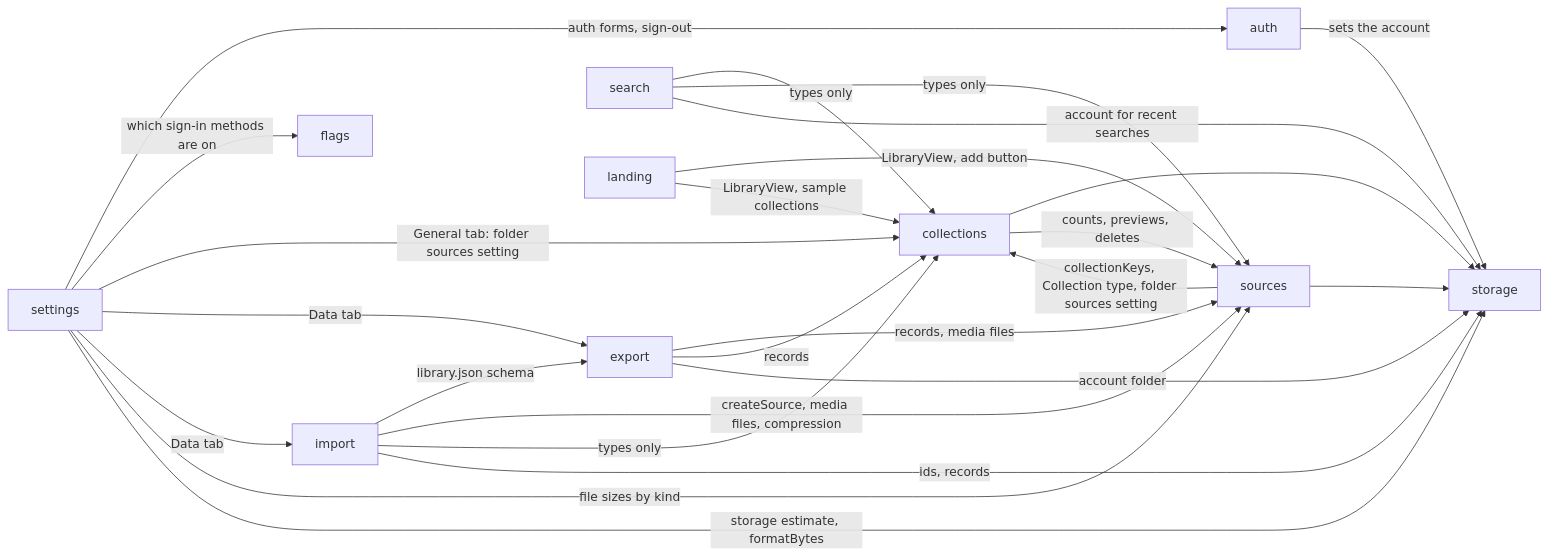
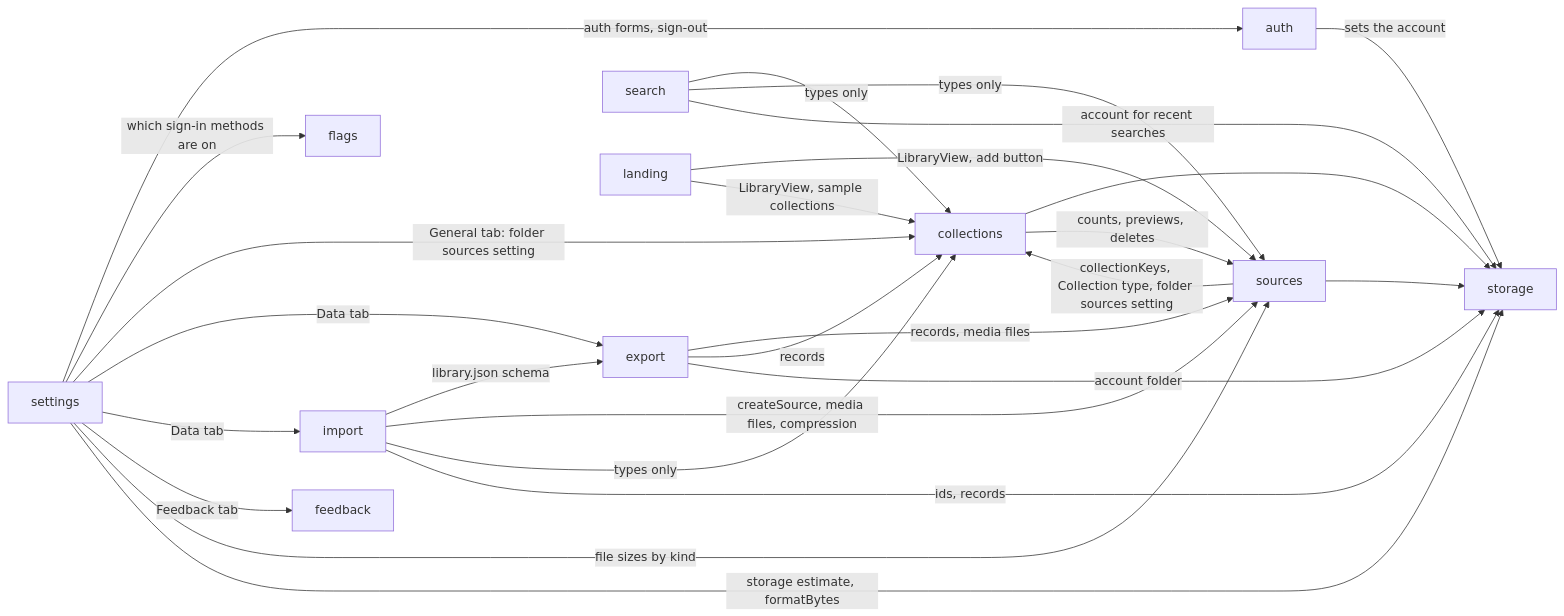
Before and after one commit to kun1225/mado: the diagram in apps/web/ARCHITECTURE.md, drawn with Mermaid. The commit also changed other lines of this file and 21 other files, not shown here.

First line of the commit message:
feat: add feedback tab in settings

````diff
--- a/apps/web/ARCHITECTURE.md
+++ b/apps/web/ARCHITECTURE.md
@@ -25,27 +25,28 @@
 ```mermaid
 graph LR
   auth -->|sets the account| storage
   settings -->|auth forms, sign-out| auth
   settings -->|which sign-in methods are on| flags
   settings -->|General tab: folder sources setting| collections
   settings -->|Data tab| export
   settings -->|Data tab| import
+  settings -->|Feedback tab| feedback
   settings -->|file sizes by kind| sources
   settings -->|storage estimate, formatBytes| storage
   export -->|records, media files| sources
   export -->|records| collections
   export -->|account folder| storage
   import -->|library.json schema| export
   import -->|createSource, media files, compression| sources
   import -->|types only| collections
   import -->|ids, records| storage
   sources --> storage
   collections --> storage
   sources -->|collectionKeys, Collection type, folder sources setting| collections
   collections -->|counts, previews, deletes| sources
   search -->|types only| collections
   search -->|types only| sources
   search -->|account for recent searches| storage
   landing -->|LibraryView, add button| sources
   landing -->|LibraryView, sample collections| collections
 ```
````
